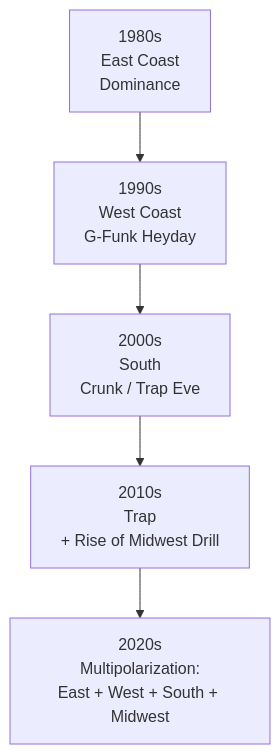
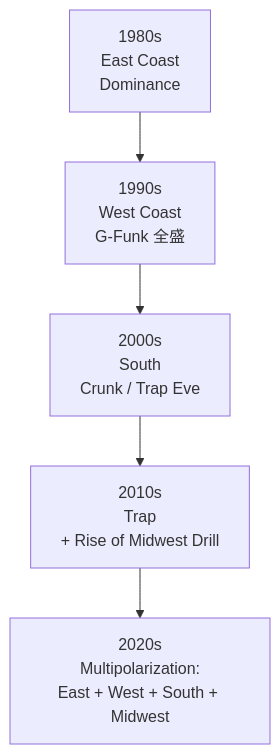
The second of 2 diagrams in en/_posts/2025-09-15-Column-Hiphop-History.md (monumental-movement/monumental-movement.github.io), drawn with Mermaid before and after one commit. The commit also changed other lines of this file and 2196 other files, not shown here.

```diff
--- a/en/_posts/2025-09-15-Column-Hiphop-History.md
+++ b/en/_posts/2025-09-15-Column-Hiphop-History.md
@@ -275,13 +274,13 @@
 <div class="mermaid">
 
 flowchart TB
         E["1980s<br/>East Coast<br/>Dominance"]
-        W["1990s<br/>West Coast<br/>G-Funk Heyday"]
+        W["1990s<br/>West Coast<br/>G-Funk 全盛"]
         S["2000s<br/>South<br/>Crunk / Trap Eve"]
         M["2010s<br/>Trap<br/>+ Rise of Midwest Drill"]
         P["2020s<br/>Multipolarization:<br/>East + West + South + Midwest"]
 
     E --> W --> S --> M --> P
 
 
 </div>
```
